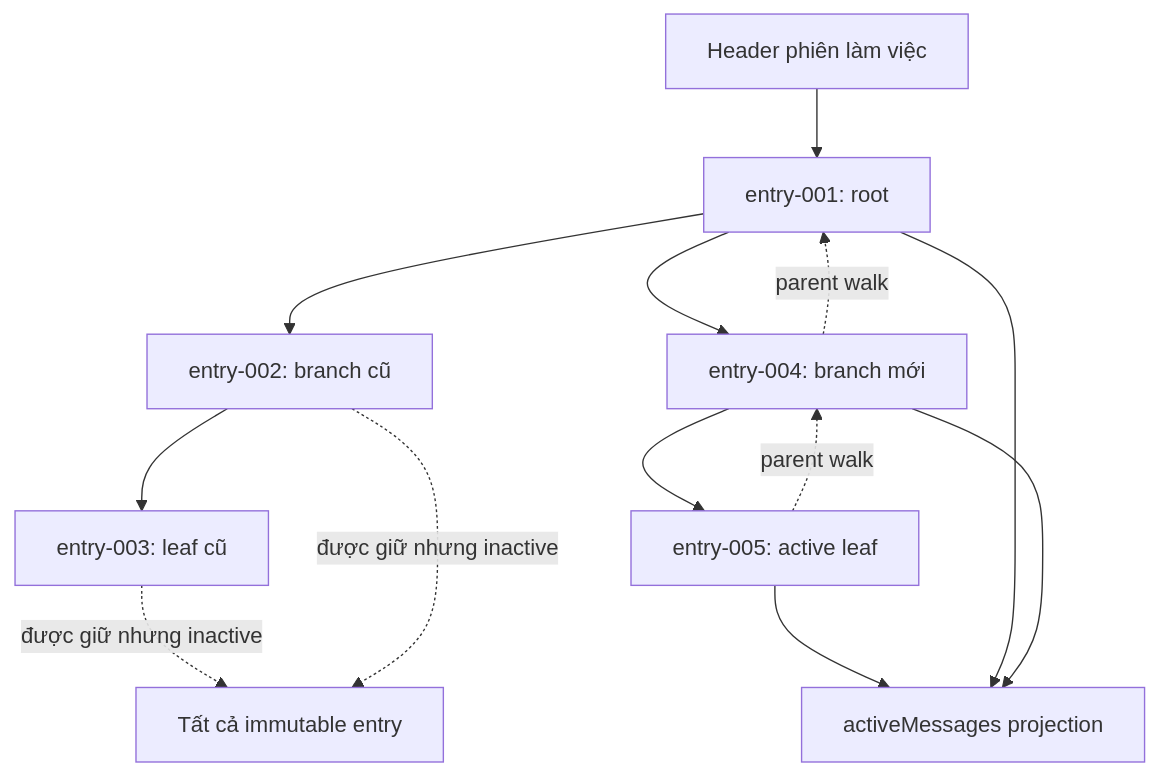
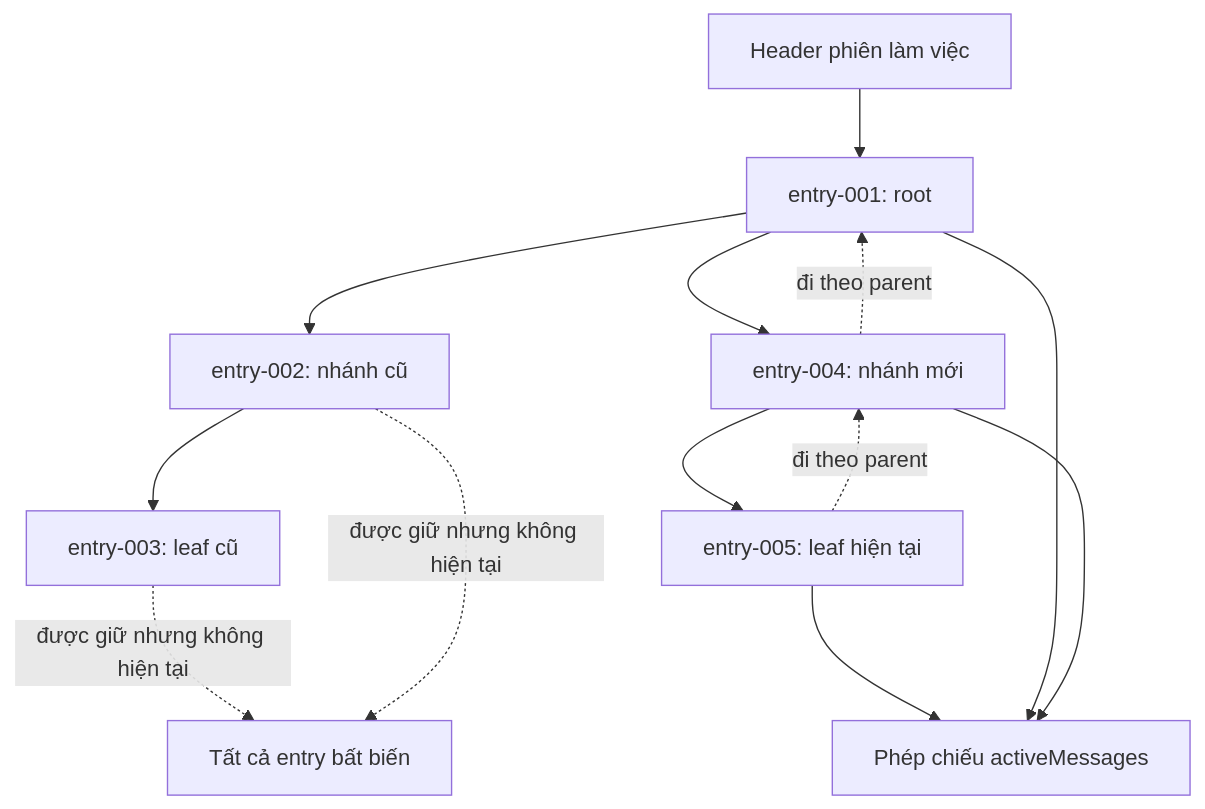
Before and after one commit to pifydev/docs: the diagram in content/vi/course/10-session-tree.md, drawn with Mermaid. The commit also changed other lines of this file and 7 other files, not shown here.

````diff
--- a/content/vi/course/10-session-tree.md
+++ b/content/vi/course/10-session-tree.md
@@ -59,15 +59,15 @@
 ```mermaid
 flowchart TD
   H[Header phiên làm việc] --> R[entry-001: root]
-  R --> O[entry-002: branch cũ]
+  R --> O[entry-002: nhánh cũ]
   O --> OT[entry-003: leaf cũ]
-  R --> N[entry-004: branch mới]
-  N --> A[entry-005: active leaf]
-  A -. parent walk .-> N
-  N -. parent walk .-> R
-  A --> P[activeMessages projection]
+  R --> N[entry-004: nhánh mới]
+  N --> A[entry-005: leaf hiện tại]
+  A -. đi theo parent .-> N
+  N -. đi theo parent .-> R
+  A --> P[Phép chiếu activeMessages]
   R --> P
   N --> P
-  OT -. được giữ nhưng inactive .-> S[Tất cả immutable entry]
-  O -. được giữ nhưng inactive .-> S
+  OT -. được giữ nhưng không hiện tại .-> S[Tất cả entry bất biến]
+  O -. được giữ nhưng không hiện tại .-> S
 ```
````
